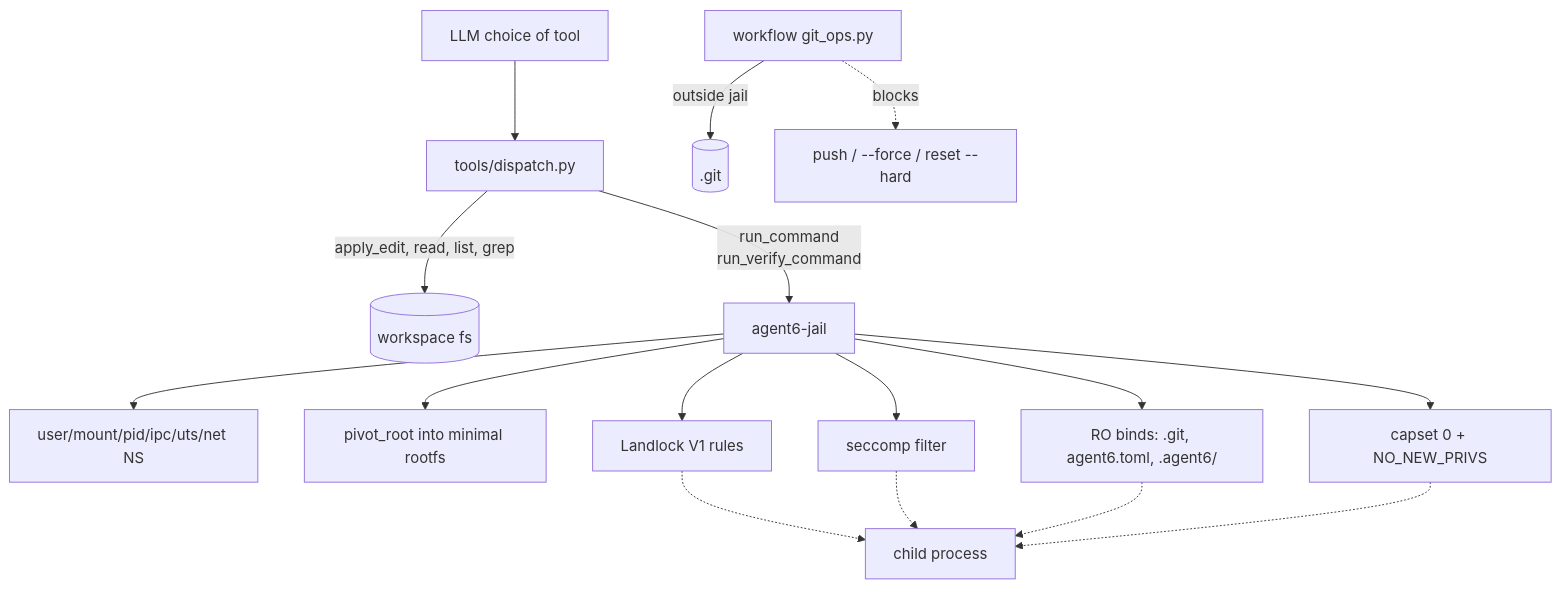
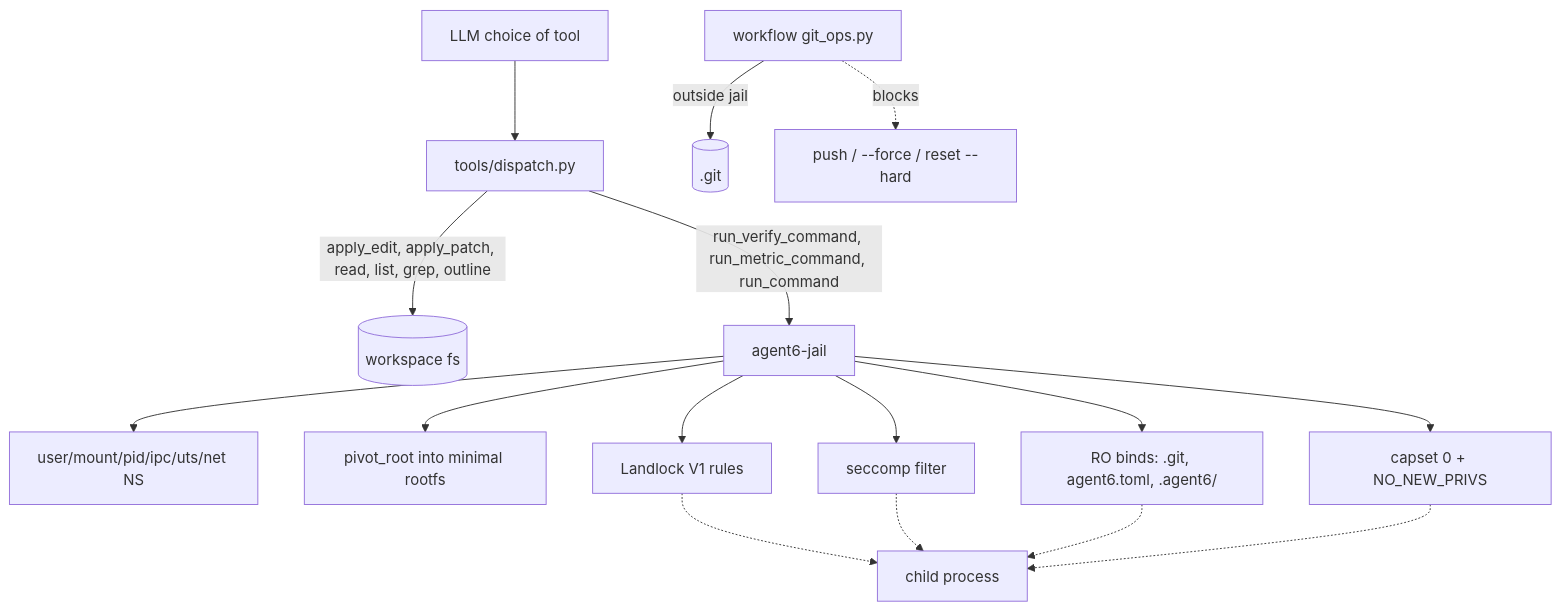
Before and after one commit to agent6-dev/agent6: the third of 4 diagrams in ARCHITECTURE.md, drawn with Mermaid. The commit also changed other lines of this file and 4 other files, not shown here.

First line of the commit message:
docs: refresh architecture, security, agent and example config

````diff
--- a/ARCHITECTURE.md
+++ b/ARCHITECTURE.md
@@ -109,18 +94,18 @@
 ```mermaid
 flowchart TD
     LLM[LLM choice of tool] --> Tools[tools/dispatch.py]
-    Tools -->|apply_edit, read, list, grep| FS[(workspace fs)]
-    Tools -->|run_command<br/>run_verify_command| Jail[agent6-jail]
+    Tools -->|apply_edit, apply_patch, read, list, grep, outline| FS[(workspace fs)]
+    Tools -->|run_verify_command, run_metric_command, run_command| Jail[agent6-jail]
     Jail --> NS[user/mount/pid/ipc/uts/net NS]
     Jail --> Pivot[pivot_root into minimal rootfs]
     Jail --> ROBinds[RO binds: .git, agent6.toml, .agent6/]
     Jail --> Land[Landlock V1 rules]
     Jail --> Sec[seccomp filter]
     Jail --> Caps[capset 0 + NO_NEW_PRIVS]
     Land -.-> Child[child process]
     Sec -.-> Child
     ROBinds -.-> Child
     Caps -.-> Child
     Workflow[workflow git_ops.py] -->|outside jail| Git[(.git)]
     Workflow -. blocks .-> Push[push / --force / reset --hard]
 ```
````
